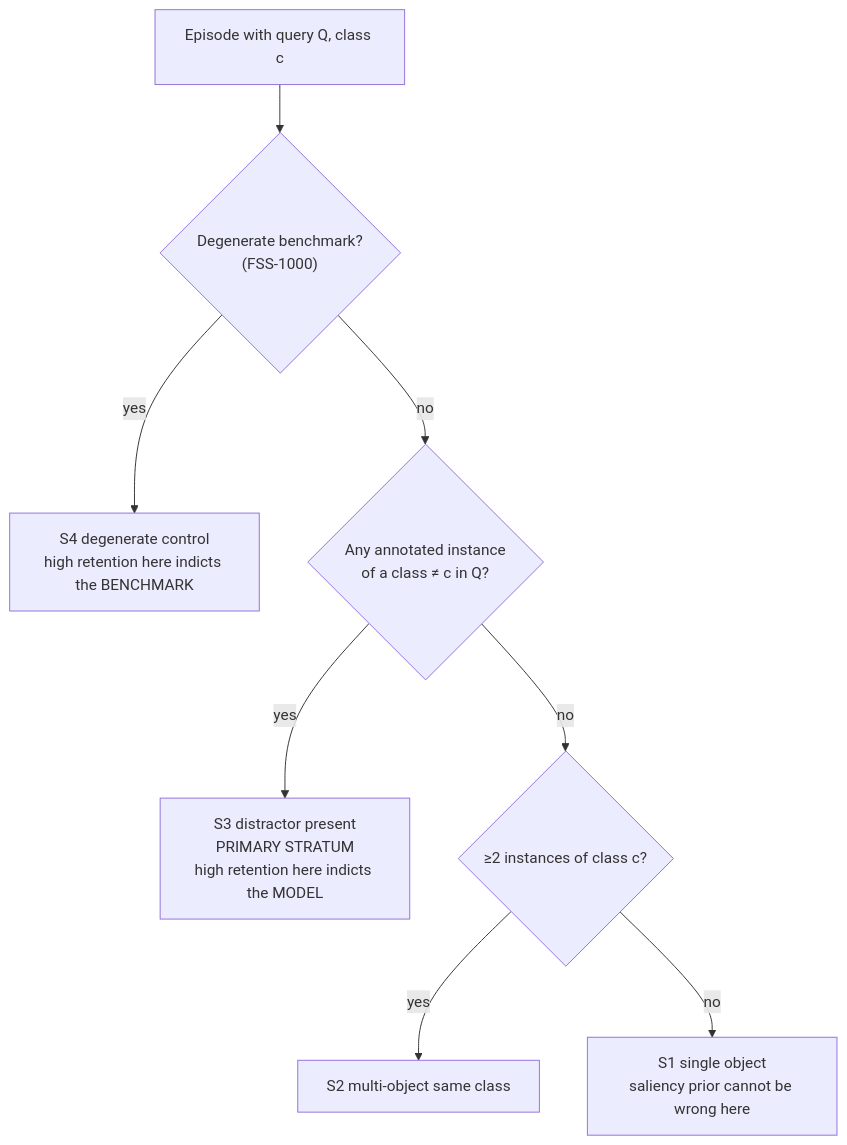
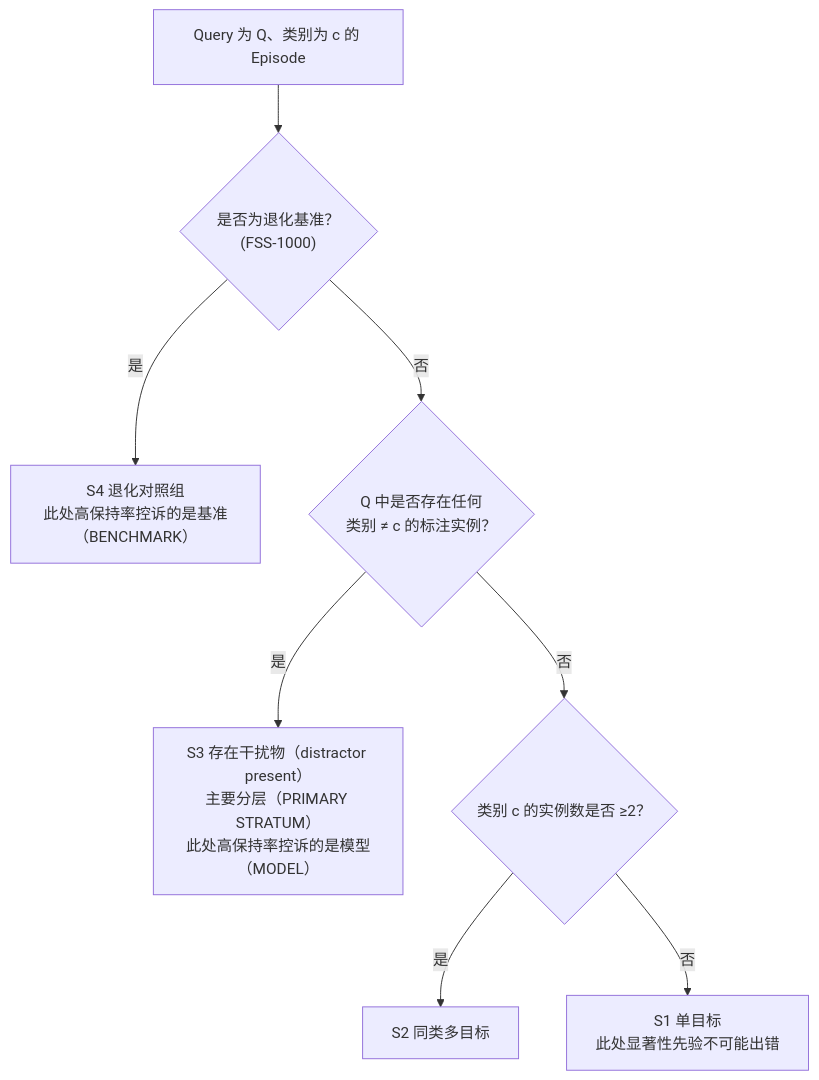
One commit to songkang688/idea changed the second of 4 diagrams in Windows7/Idea_01/diagrams/architecture.md. Above: the diagram before and after it, drawn with Mermaid. The commit also changed other lines of this file and 74 other files, not shown here.

````diff
--- a/Windows7/Idea_01/diagrams/architecture.md
+++ b/Windows7/Idea_01/diagrams/architecture.md
@@ -44,10 +42,10 @@
 ```mermaid
 flowchart TD
-    E["Episode with query Q, class c"] --> D{"Degenerate benchmark?<br/>(FSS-1000)"}
-    D -- yes --> S4["S4 degenerate control<br/>high retention here indicts the BENCHMARK"]
-    D -- no --> C{"Any annotated instance<br/>of a class ≠ c in Q?"}
-    C -- yes --> S3["S3 distractor present<br/>PRIMARY STRATUM<br/>high retention here indicts the MODEL"]
-    C -- no --> M{"≥2 instances of class c?"}
-    M -- yes --> S2["S2 multi-object same class"]
-    M -- no --> S1["S1 single object<br/>saliency prior cannot be wrong here"]
+    E["Query 为 Q、类别为 c 的 Episode"] --> D{"是否为退化基准？<br/>(FSS-1000)"}
+    D -- 是 --> S4["S4 退化对照组<br/>此处高保持率控诉的是基准（BENCHMARK）"]
+    D -- 否 --> C{"Q 中是否存在任何<br/>类别 ≠ c 的标注实例？"}
+    C -- 是 --> S3["S3 存在干扰物（distractor present）<br/>主要分层（PRIMARY STRATUM）<br/>此处高保持率控诉的是模型（MODEL）"]
+    C -- 否 --> M{"类别 c 的实例数是否 ≥2？"}
+    M -- 是 --> S2["S2 同类多目标"]
+    M -- 否 --> S1["S1 单目标<br/>此处显著性先验不可能出错"]
 ```
````
